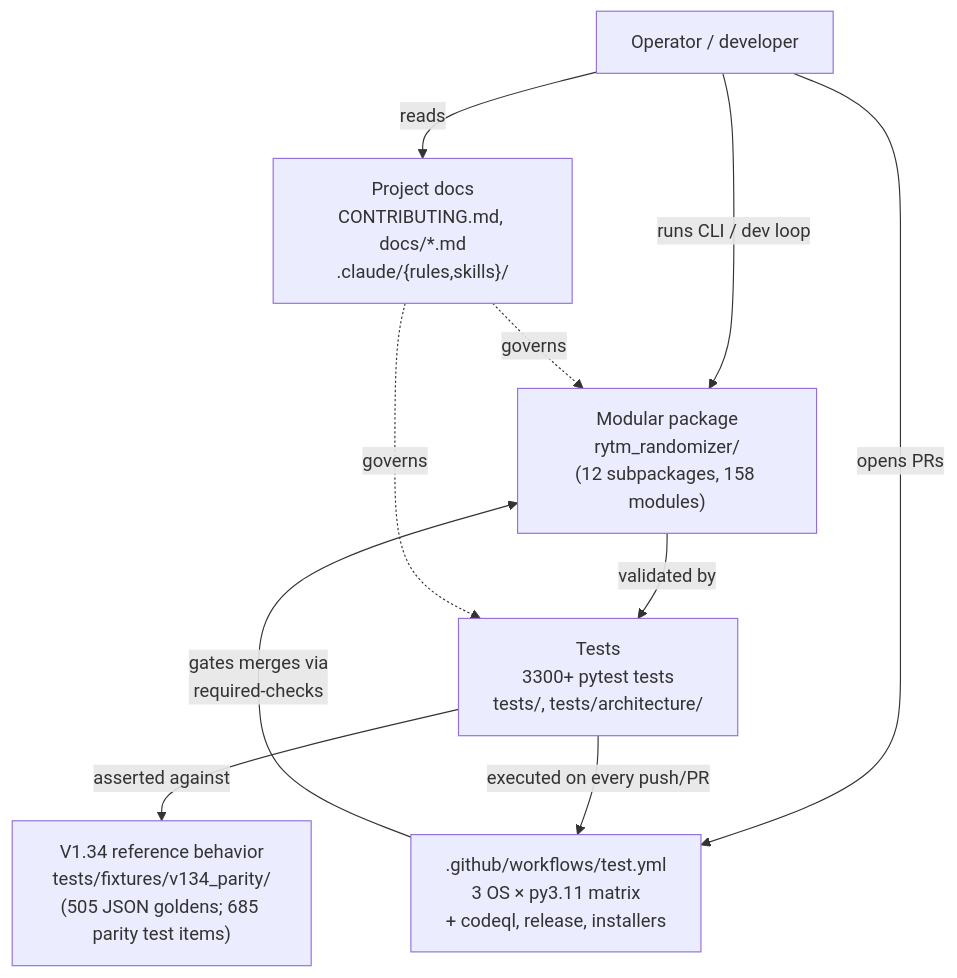
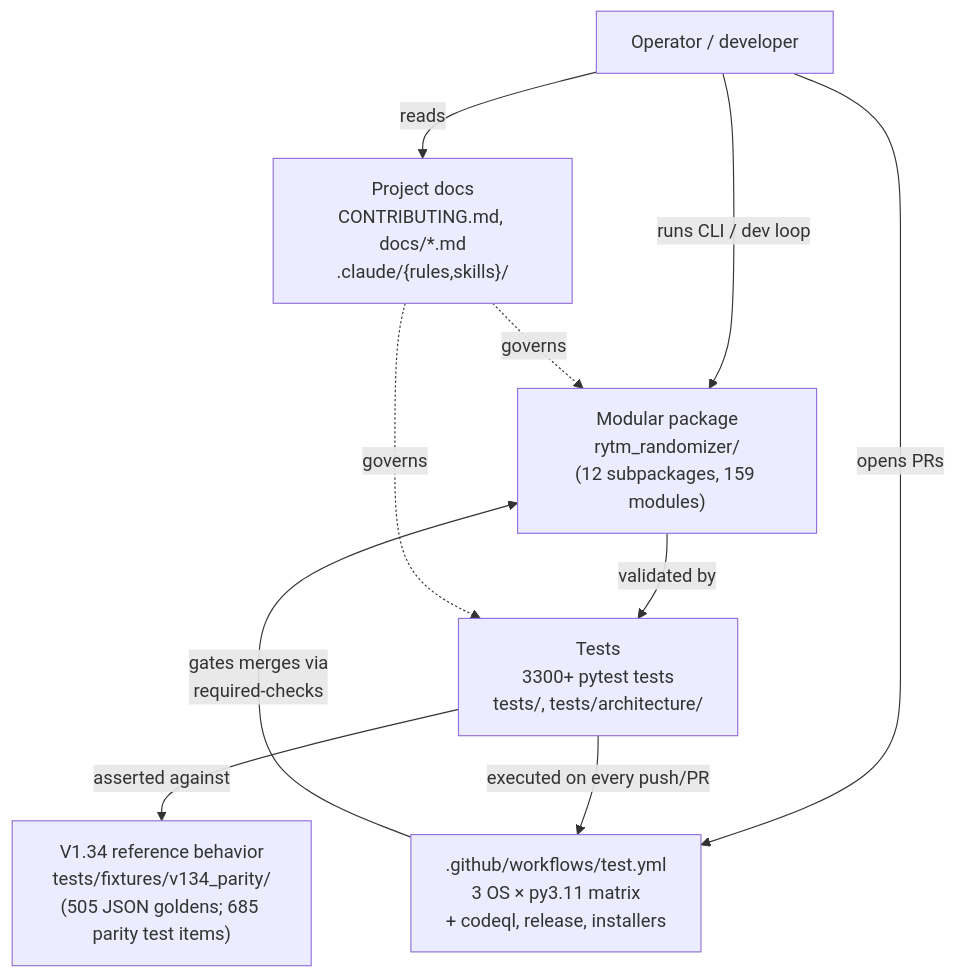
One commit to buzzijose-hub/RytmRandomizer changed the first of 26 diagrams in docs/ARCHITECTURE_DIAGRAMS.md. Above: the diagram before and after it, drawn with Mermaid. The commit also changed other lines of this file and 15 other files, not shown here.

````diff
--- a/docs/ARCHITECTURE_DIAGRAMS.md
+++ b/docs/ARCHITECTURE_DIAGRAMS.md
@@ -47,22 +47,22 @@
 ```mermaid
 flowchart TB
     User["Operator / developer"]
     V134["V1.34 reference behavior<br/>tests/fixtures/v134_parity/<br/>(505 JSON goldens; 685 parity test items)"]
-    Package["Modular package<br/>rytm_randomizer/<br/>(12 subpackages, 158 modules)"]
+    Package["Modular package<br/>rytm_randomizer/<br/>(12 subpackages, 159 modules)"]
     Tests["Tests<br/>3300+ pytest tests<br/>tests/, tests/architecture/"]
     CI[".github/workflows/test.yml<br/>3 OS × py3.11 matrix<br/>+ codeql, release, installers"]
     Docs["Project docs<br/>CONTRIBUTING.md, docs/*.md<br/>.claude/{rules,skills}/"]
 
     User -->|"runs CLI / dev loop"| Package
     User -->|"opens PRs"| CI
     User -->|"reads"| Docs
 
     Package -->|"validated by"| Tests
     Tests -->|"asserted against"| V134
     Tests -->|"executed on every push/PR"| CI
 
     CI -->|"gates merges via<br/>required-checks"| Package
 
     Docs -.->|"governs"| Package
     Docs -.->|"governs"| Tests
 ```
````
